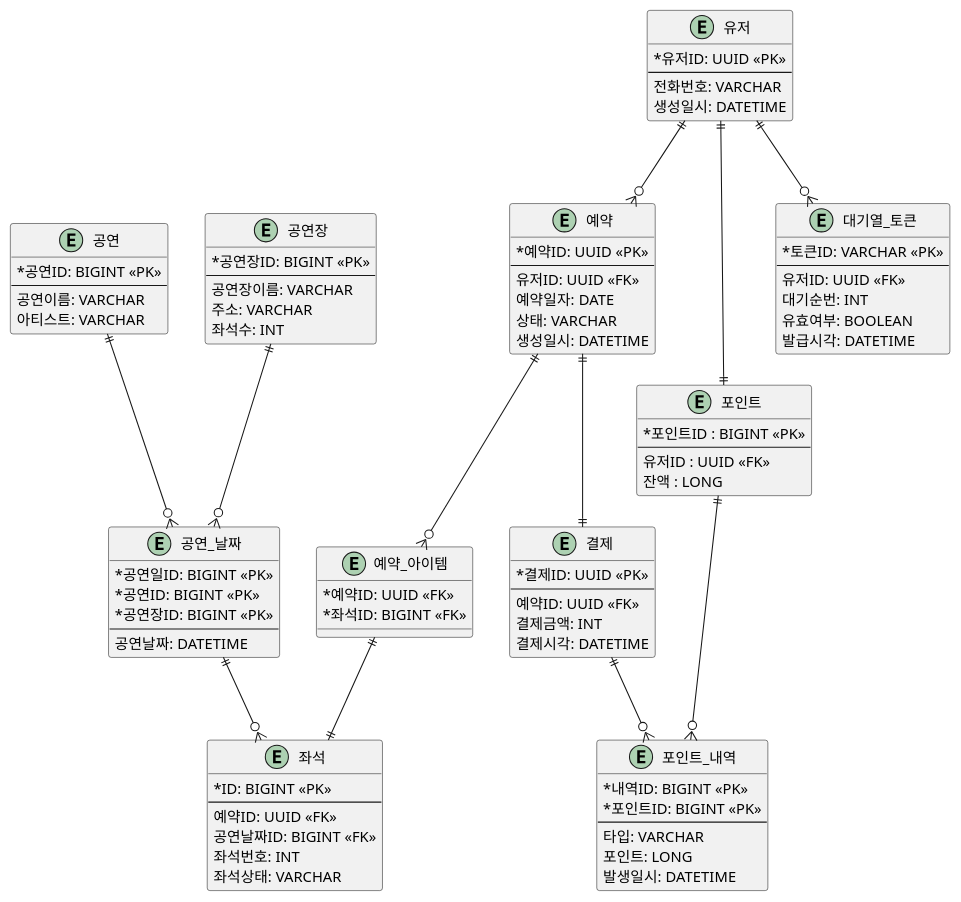
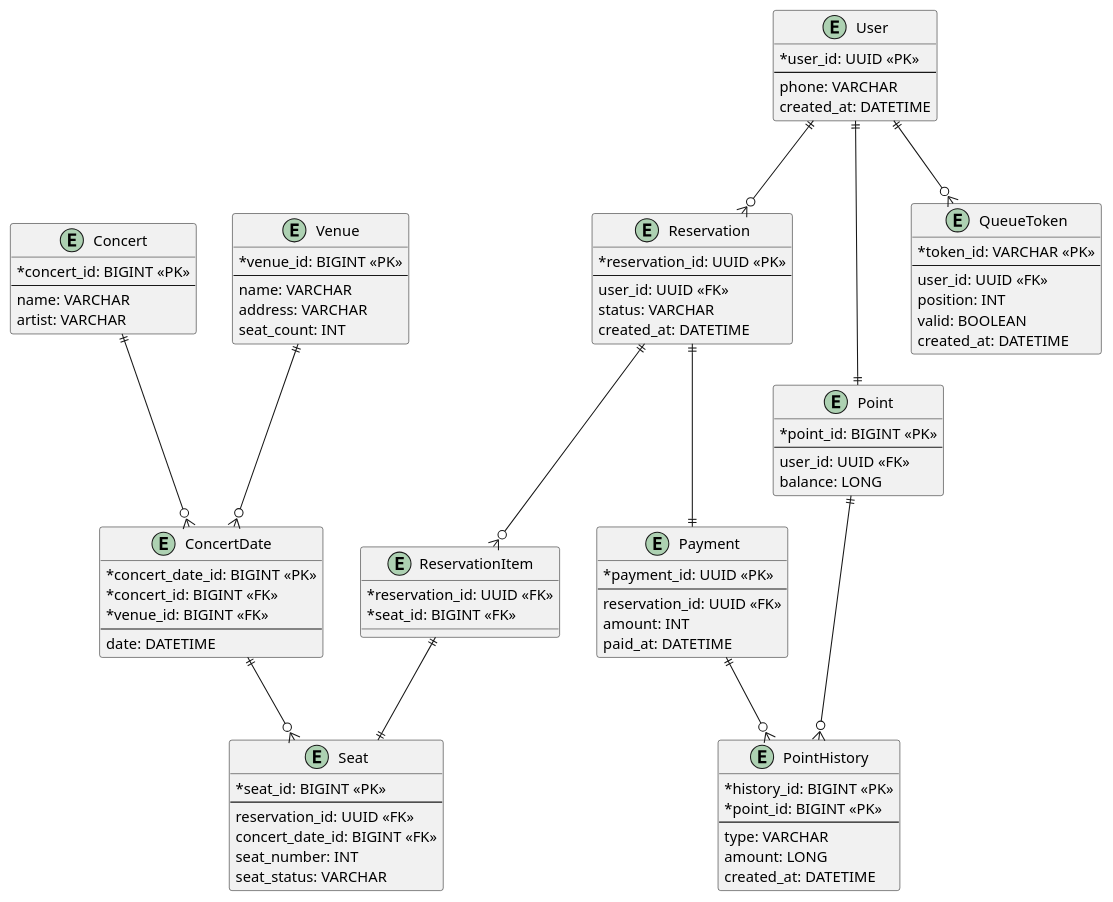
Before and after one commit to shAn-kor/hanghae99-server-java: the diagram in docs/ERD.puml, drawn with PlantUML. The commit also changed 1 other file, not shown here.

Commit message:
Docs: Fix ERD, Class Diagram 멘토님 피드백 반영

```diff
--- a/docs/ERD.puml
+++ b/docs/ERD.puml
@@ -1,102 +1,101 @@
 @startuml
 skinparam classAttributeIconSize 0
 
-entity 공연 {
-    *공연ID: BIGINT <<PK>>
+entity Concert {
+    *concert_id: BIGINT <<PK>>
     --
-    공연이름: VARCHAR
-    아티스트: VARCHAR
+    name: VARCHAR
+    artist: VARCHAR
 }
 
-entity 공연장 {
-    *공연장ID: BIGINT <<PK>>
+entity Venue {
+    *venue_id: BIGINT <<PK>>
     --
-    공연장이름: VARCHAR
-    주소: VARCHAR
-    좌석수: INT
+    name: VARCHAR
+    address: VARCHAR
+    seat_count: INT
 }
 
-entity 공연_날짜 {
-    *공연일ID: BIGINT <<PK>>
-    *공연ID: BIGINT <<PK>>
-    *공연장ID: BIGINT <<PK>>
+entity ConcertDate {
+    *concert_date_id: BIGINT <<PK>>
+    *concert_id: BIGINT <<FK>>
+    *venue_id: BIGINT <<FK>>
     --
-    공연날짜: DATETIME
+    date: DATETIME
 }
 
-entity 유저 {
-  * 유저ID: UUID <<PK>>
+entity User {
+  *user_id: UUID <<PK>>
   --
-  전화번호: VARCHAR
-  생성일시: DATETIME
+  phone: VARCHAR
+  created_at: DATETIME
 }
 
-entity 포인트_내역 {
-    * 내역ID: BIGINT <<PK>>
-    * 포인트ID: BIGINT <<PK>>
+entity PointHistory {
+    *history_id: BIGINT <<PK>>
+    *point_id: BIGINT <<PK>>
     --
-    타입: VARCHAR
-    포인트: LONG
-    발생일시: DATETIME
+    type: VARCHAR
+    amount: LONG
+    created_at: DATETIME
 }
 
-entity 포인트 {
-    * 포인트ID : BIGINT <<PK>>
+entity Point {
+    *point_id: BIGINT <<PK>>
     --
-    유저ID : UUID <<FK>>
-    잔액 : LONG
+    user_id: UUID <<FK>>
+    balance: LONG
 }
 
-entity 대기열_토큰 {
-  * 토큰ID: VARCHAR <<PK>>
+entity QueueToken {
+  *token_id: VARCHAR <<PK>>
   --
-  유저ID: UUID <<FK>>
-  대기순번: INT
-  유효여부: BOOLEAN
-  발급시각: DATETIME
+  user_id: UUID <<FK>>
+  position: INT
+  valid: BOOLEAN
+  created_at: DATETIME
 }
 
-entity 예약 {
-  * 예약ID: UUID <<PK>>
+entity Reservation {
+  *reservation_id: UUID <<PK>>
   --
-  유저ID: UUID <<FK>>
-  예약일자: DATE
-  상태: VARCHAR
-  생성일시: DATETIME
+  user_id: UUID <<FK>>
+  status: VARCHAR
+  created_at: DATETIME
 }
 
-entity 예약_아이템 {
-  * 예약ID: UUID <<FK>>
-  * 좌석ID: BIGINT <<FK>>
+entity ReservationItem {
+  *reservation_id: UUID <<FK>>
+  *seat_id: BIGINT <<FK>>
 }
 
-entity 좌석 {
-  * ID: BIGINT <<PK>>
+entity Seat {
+  *seat_id: BIGINT <<PK>>
   --
-  예약ID: UUID <<FK>>
-  공연날짜ID: BIGINT <<FK>>
-  좌석번호: INT
-  좌석상태: VARCHAR
+  reservation_id: UUID <<FK>>
+  concert_date_id: BIGINT <<FK>>
+  seat_number: INT
+  seat_status: VARCHAR
 }
 
-entity 결제 {
-  * 결제ID: UUID <<PK>>
+entity Payment {
+  *payment_id: UUID <<PK>>
   --
-  예약ID: UUID <<FK>>
-  결제금액: INT
-  결제시각: DATETIME
+  reservation_id: UUID <<FK>>
+  amount: INT
+  paid_at: DATETIME
 }
 
-공연 ||--o{ 공연_날짜 : ""
-공연장 ||--o{ 공연_날짜 : ""
-유저 ||--o{ 대기열_토큰 : ""
-유저 ||--|| 포인트 : ""
-포인트 ||--o{ 포인트_내역 : ""
-유저 ||--o{ 예약 : ""
-예약 ||--o{ 예약_아이템 : ""
-예약_아이템 ||--|| 좌석 : ""
-공연_날짜 ||--o{ 좌석 : ""
-예약 ||--|| 결제 : ""
-결제 ||--o{ 포인트_내역
+Concert ||--o{ ConcertDate : ""
+Venue ||--o{ ConcertDate : ""
+User ||--o{ QueueToken : ""
+User ||--|| Point : ""
+Point ||--o{ PointHistory : ""
+User ||--o{ Reservation : ""
+Reservation ||--o{ ReservationItem : ""
+ReservationItem ||--|| Seat : ""
+ConcertDate ||--o{ Seat : ""
+Reservation ||--|| Payment : ""
+Payment ||--o{ PointHistory
 
 @enduml
```
